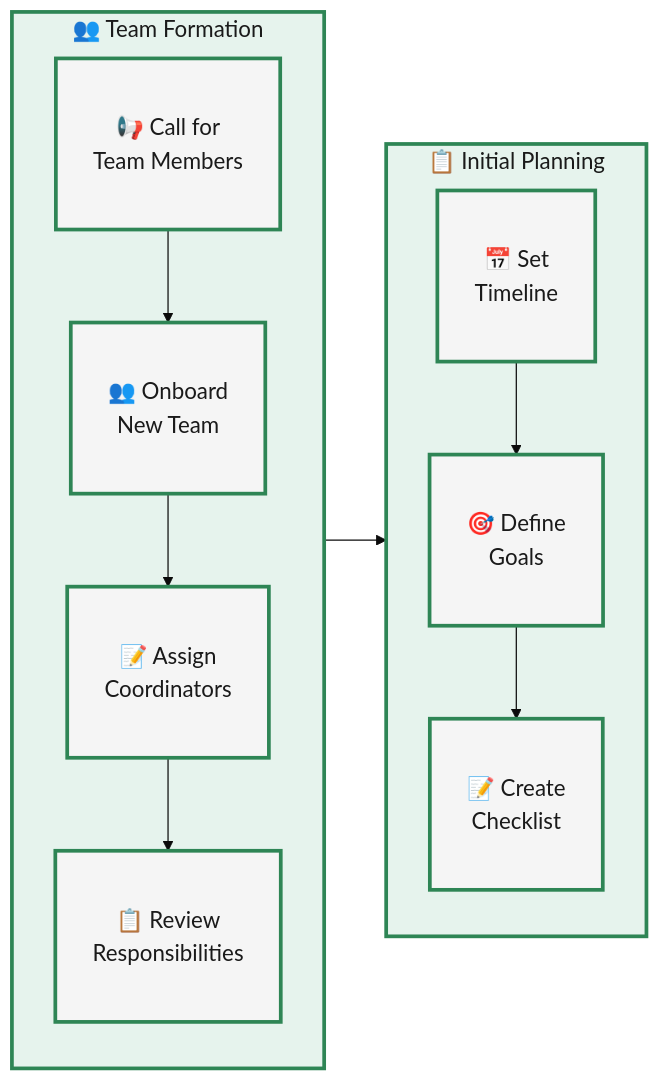
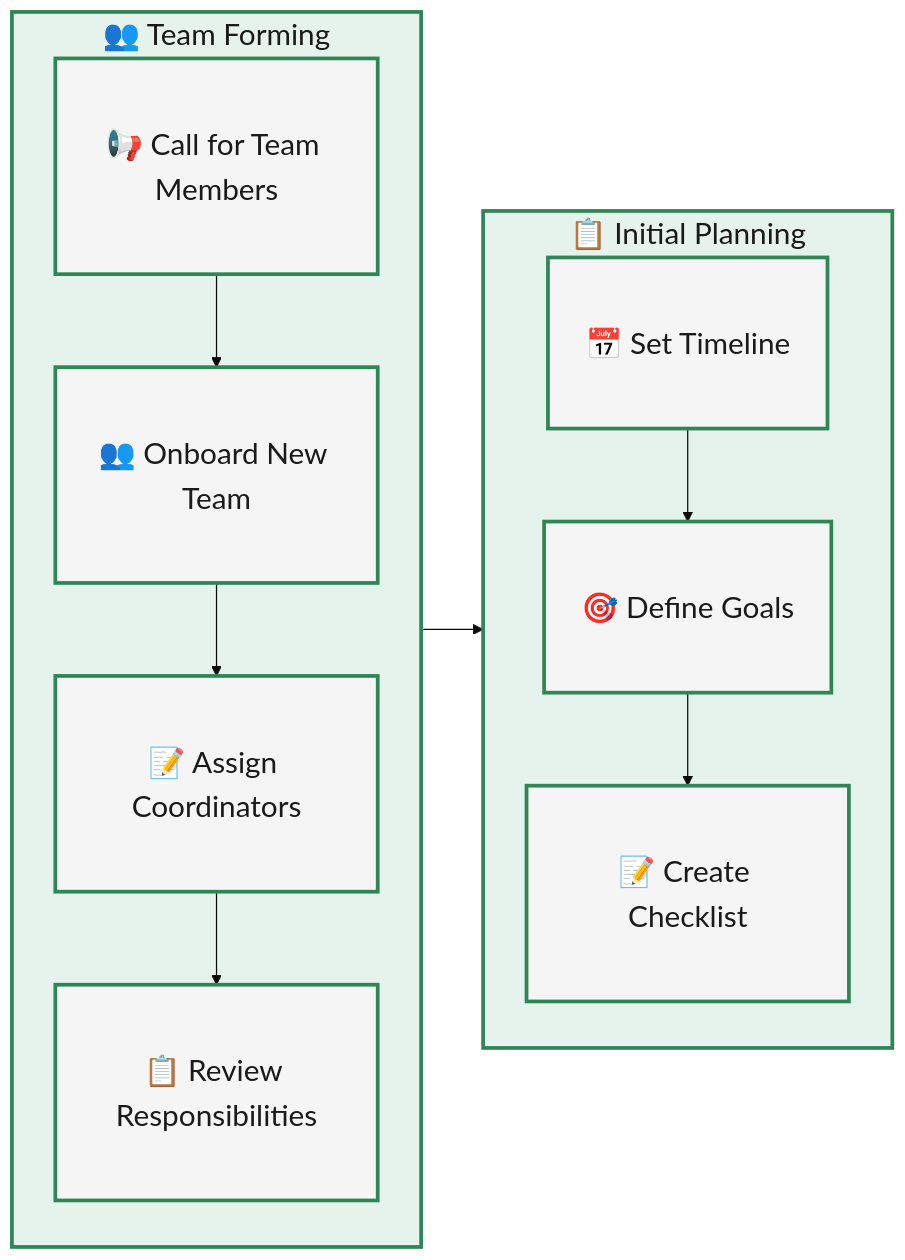
Before and after one commit to CBID2/VC-Community-Docs: the first of 5 diagrams in docs/lightning-talks/processes/project-workflow.md, drawn with Mermaid. The commit also changed other lines of this file, not shown here.

Commit message:
Update Lightning Talks workflow with improved Mermaid diagrams and mobile-friendly styling

````diff
--- a/docs/lightning-talks/processes/project-workflow.md
+++ b/docs/lightning-talks/processes/project-workflow.md
@@ -42,29 +48,30 @@
 ```mermaid
-%%{init: {'theme':'base', 'themeVariables': {'fontSize':'18px', 'fontFamily':'arial'}}}%%
+%%{init: {'theme':'base', 'themeVariables': {'fontSize':'24px', 'fontFamily':'arial'}}}%%
 flowchart LR
-  %% Left Column - Team Formation
-  subgraph A["👥 Team Formation"]
+  %% Left Column - Team Forming
+  subgraph A["👥 Team Forming"]
     direction TB
-    A1["📢 Call for<br/>Team Members"]
-    A2["👥 Onboard<br/>New Team"]
-    A3["📝 Assign<br/>Coordinators"]
-    A4["📋 Review<br/>Responsibilities"]
+    A1["📢 Call for Team Members"]
+    A2["👥 Onboard New Team"]
+    A3["📝 Assign Coordinators"]
+    A4["📋 Review Responsibilities"]
     A1 --> A2 --> A3 --> A4
   end
 
   %% Right Column - Initial Planning
   subgraph B["📋 Initial Planning"]
     direction TB
-    B1["📅 Set<br/>Timeline"]
-    B2["🎯 Define<br/>Goals"]
-    B3["📝 Create<br/>Checklist"]
+    B1["📅 Set Timeline"]
+    B2["🎯 Define Goals"]
+    B3["📝 Create Checklist"]
     B1 --> B2 --> B3
   end
 
+  %% Flow between columns
   A4 --> B1
 
   %% Styling
   classDef default fill:#f5f5f5,stroke:#2e8555,stroke-width:3px,color:#1a1a1a,padding:15px;
   classDef process fill:#e6f3ed,stroke:#2e8555,stroke-width:3px,color:#1a1a1a;
   class A,B process;
 ```
````
